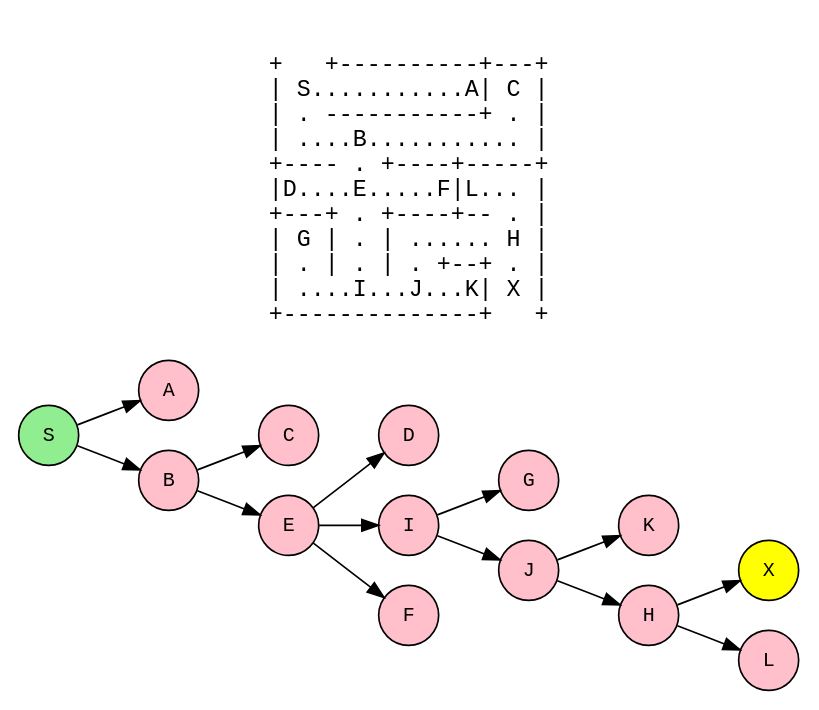
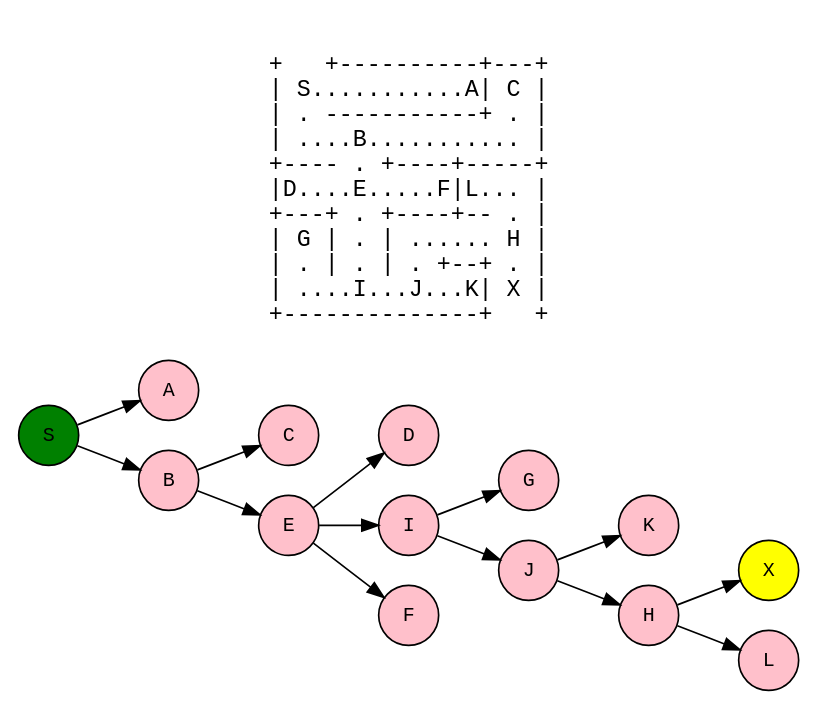
Before and after one commit to jfarmer/teaching-misc: the diagram in backtracking/maze.dot, drawn with Graphviz.

Commit message:
[backtracking] Change maze.dot entrance color to green

```diff
--- a/backtracking/maze.dot
+++ b/backtracking/maze.dot
@@ -1,34 +1,34 @@
 digraph G {
   node [shape=circle, style=filled, fillcolor=pink, fontcolor=black, fontsize=12, width=0.5, height=0.5, fontname="Courier"];
   edge [len=2.0, minlen=1];
 
   fontname="Courier"
   labelloc=t
 
   label="
 +   +----------+---+
 | S...........A| C |
 | . -----------+ . |
 | ....B........... |
 +---- . +----+-----+
 |D....E.....F|L... |
 +---+ . +----+-- . |
 | G | . | ...... H |
 | . | . | . +--+ . |
 | ....I...J...K| X |
 +--------------+   +
 
 "
 
   rankdir=LR
 
-  S [fillcolor=lightgreen]
+  S [fillcolor=green]
   X [fillcolor=yellow]
 
   S -> {A,B}
   B -> {C,E}
   E -> {D,I,F}
   I -> {G,J}
   J -> {K,H}
   H -> {L,X}
 }
```
